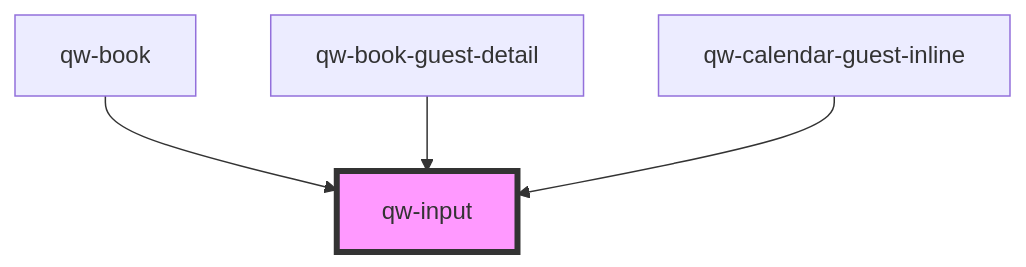
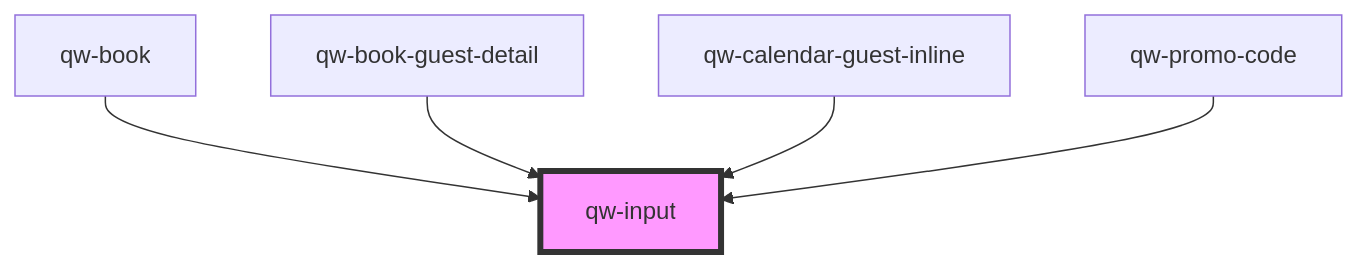
Before and after one commit to qwentes-team/qw-hotels: the diagram in src/components/shared/qw-input/readme.md, drawn with Mermaid. The commit also changed other lines of this file and 2 other files, not shown here.

Commit message:
fix(promoCode): fixed if session exists

````diff
--- a/src/components/shared/qw-input/readme.md
+++ b/src/components/shared/qw-input/readme.md
@@ -38,7 +39,8 @@
 ```mermaid
 graph TD;
   qw-book --> qw-input
   qw-book-guest-detail --> qw-input
   qw-calendar-guest-inline --> qw-input
+  qw-promo-code --> qw-input
   style qw-input fill:#f9f,stroke:#333,stroke-width:4px
 ```
````
